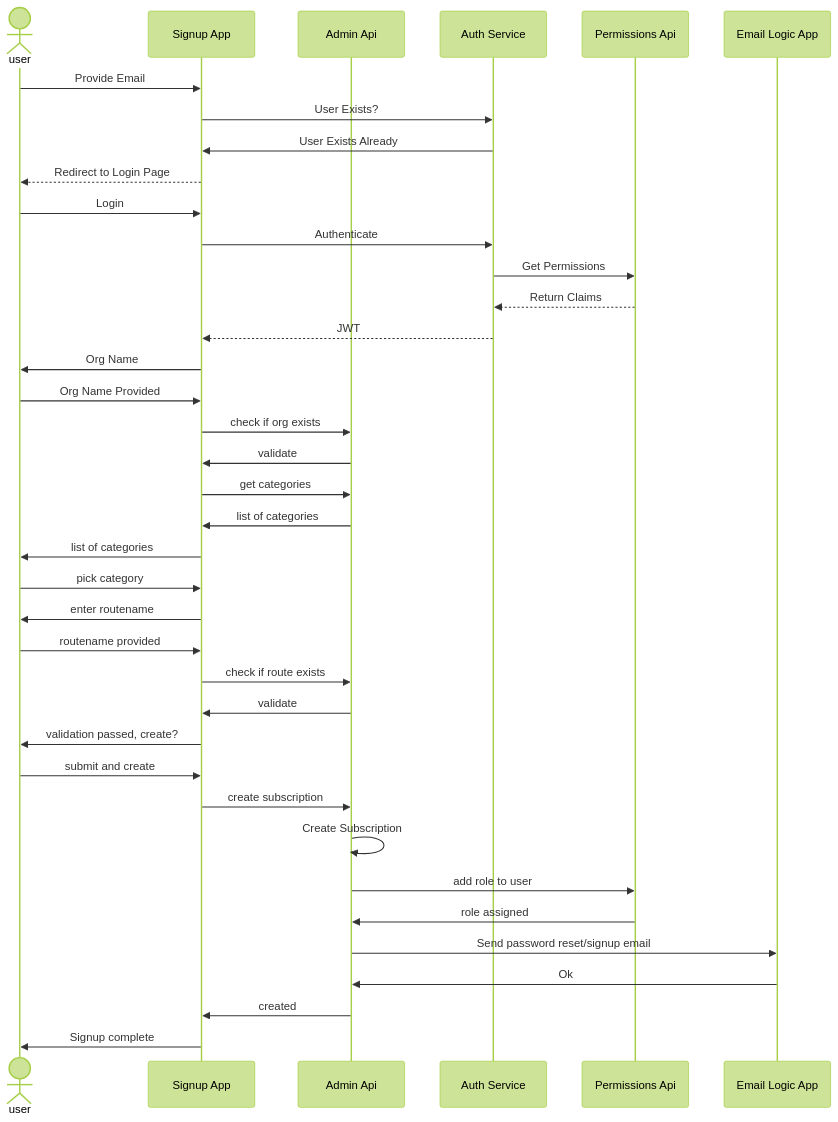
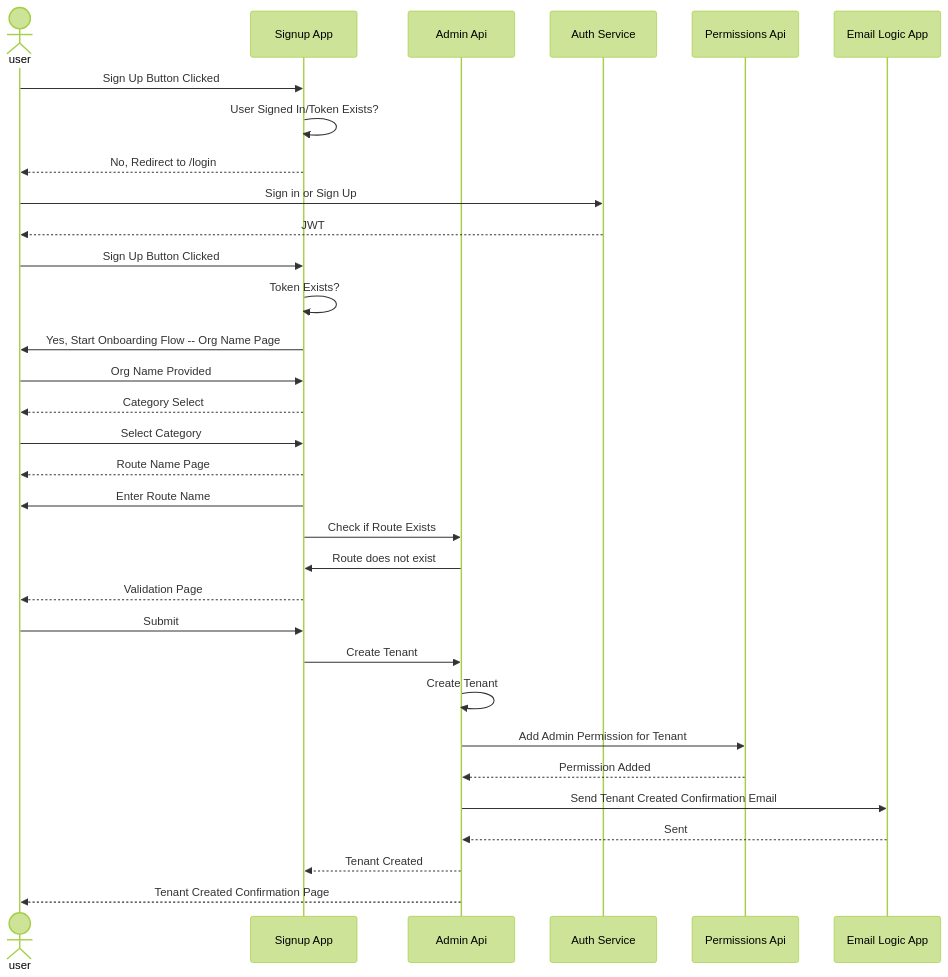
Before and after one commit to Azure/azure-saas: the first of 3 diagrams in docs/azure-saas-docs/content/en/components/signup-administration.md, drawn with Mermaid (forest theme). The commit also changed other lines of this file and 1 other file, not shown here.

Commit message:
identity and signup admin flow changes

````diff
--- a/docs/azure-saas-docs/content/en/components/signup-administration.md
+++ b/docs/azure-saas-docs/content/en/components/signup-administration.md
@@ -22,44 +22,36 @@
 ```mermaid
 sequenceDiagram  
 actor user 
 participant signup as Signup App
 participant admin as Admin Api
 participant auth as Auth Service
 participant perm as Permissions Api
 participant email as Email Logic App
 
-user->>signup: Provide Email
-signup->>auth: User Exists?
-auth->>signup: User Exists Already
-signup-->>user : Redirect to Login Page
-user->>signup : Login
-signup->>auth : Authenticate
-auth->>perm : Get Permissions
-perm-->>auth : Return Claims
-auth-->>signup : JWT
-signup->>user: Org Name
+user->>signup: Sign Up Button Clicked
+
+signup->>signup: User Signed In/Token Exists?
+signup-->>user: No, Redirect to /login
+user->>auth : Sign in or Sign Up
+auth-->>user : JWT
+user->>signup: Sign Up Button Clicked
+signup->>signup: Token Exists?
+signup->>user : Yes, Start Onboarding Flow -- Org Name Page
 user->>signup: Org Name Provided
-signup->>admin: check if org exists
-admin->>signup: validate
-signup->>admin: get categories
-admin->>signup: list of categories
-signup->>user: list of categories
-user->>signup: pick category
-signup->>user: enter routename
-user->>signup: routename provided
-signup->>admin: check if route exists
-admin->>signup: validate
-signup->>user: validation passed, create?
-user->>signup: submit and create
-
-signup->>admin: create subscription
-admin->>admin: Create Subscription
-admin->>perm: add role to user
-perm->>admin:role assigned
-admin->>email : Send password reset/signup email
-email->>admin: Ok
-admin->>signup: created
-
-
-signup->>user: Signup complete
+signup-->>user : Category Select
+user->>signup: Select Category
+signup-->>user : Route Name Page
+signup->>user: Enter Route Name
+signup->>admin: Check if Route Exists
+admin->>signup: Route does not exist
+signup-->>user : Validation Page
+user->>signup : Submit
+signup->>admin : Create Tenant
+admin->>admin : Create Tenant
+admin->>perm : Add Admin Permission for Tenant
+perm-->>admin : Permission Added
+admin->>email : Send Tenant Created Confirmation Email
+email-->>admin : Sent
+admin-->>signup : Tenant Created
+admin-->>user : Tenant Created Confirmation Page
 ```
````
